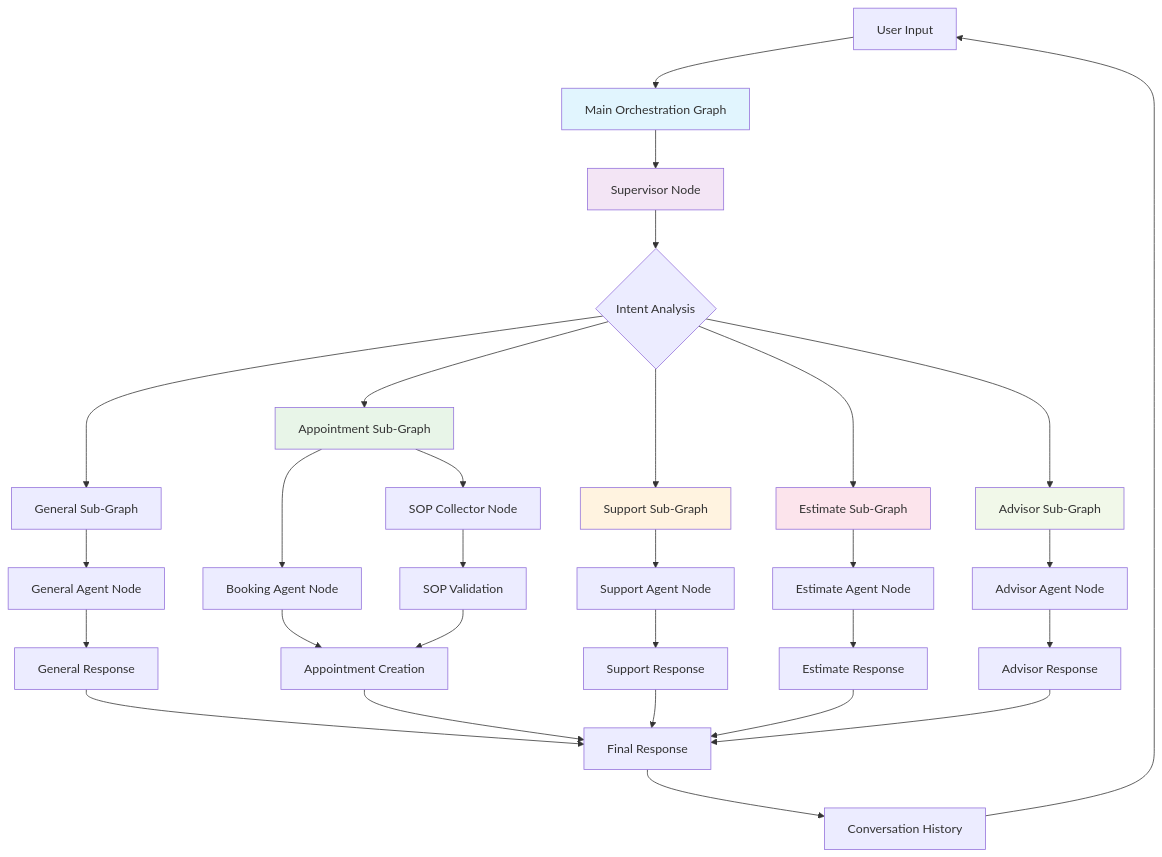
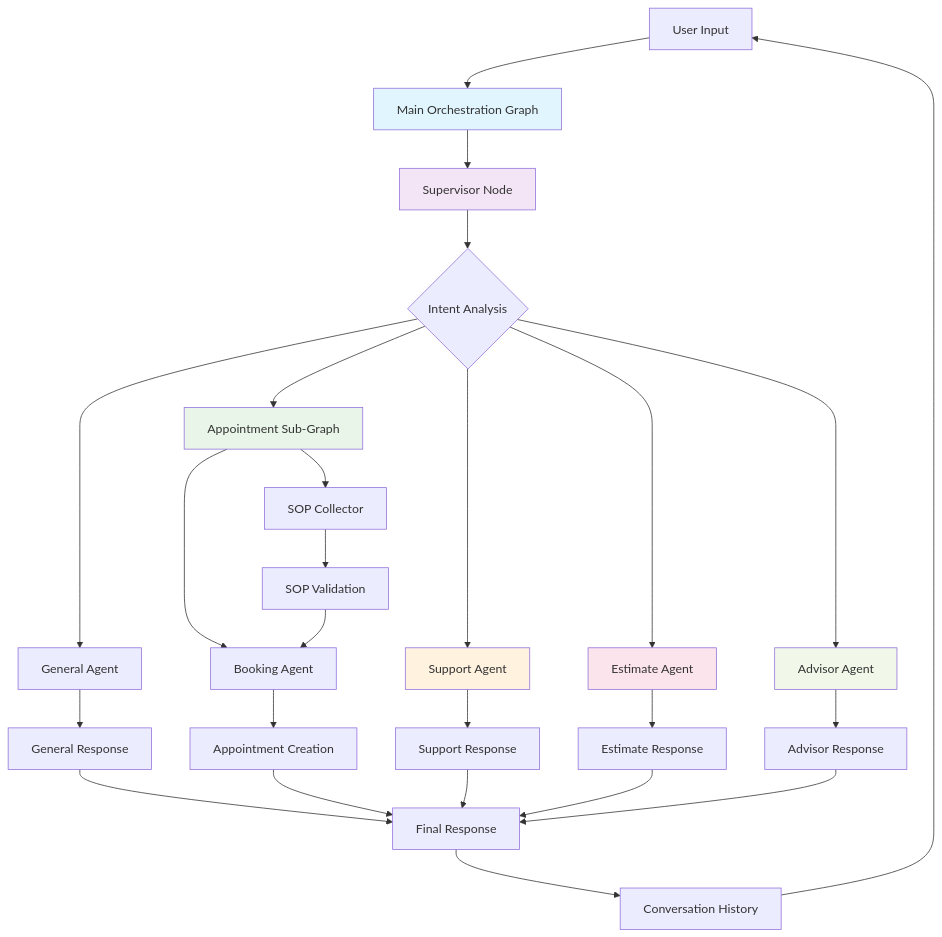
One commit to pathak-vikash/multiagent-with-command changed the first of 2 diagrams in README.md. Above: the diagram before and after it, drawn with Mermaid. The commit also changed other lines of this file and 38 other files, not shown here.

First line of the commit message:
Fix infinite loop and optimize appointment booking workflow

````diff
--- a/README.md
+++ b/README.md
@@ -34,42 +34,38 @@
 ```mermaid
 graph TD
     A[User Input] --> B[Main Orchestration Graph]
     B --> C[Supervisor Node]
     C --> D{Intent Analysis}
-    D --> E[General Sub-Graph]
+    D --> E[General Agent]
     D --> F[Appointment Sub-Graph]
-    D --> G[Support Sub-Graph]
-    D --> H[Estimate Sub-Graph]
-    D --> I[Advisor Sub-Graph]
+    D --> G[Support Agent]
+    D --> H[Estimate Agent]
+    D --> I[Advisor Agent]
     
-    E --> J[General Agent Node]
-    F --> K[SOP Collector Node]
-    F --> L[Booking Agent Node]
-    G --> M[Support Agent Node]
-    H --> N[Estimate Agent Node]
-    I --> O[Advisor Agent Node]
+    F --> J[SOP Collector]
+    F --> K[Booking Agent]
     
-    J --> P[General Response]
-    K --> Q[SOP Validation]
-    L --> R[Appointment Creation]
-    M --> S[Support Response]
-    N --> T[Estimate Response]
-    O --> U[Advisor Response]
+    E --> L[General Response]
+    J --> M[SOP Validation]
+    K --> N[Appointment Creation]
+    G --> O[Support Response]
+    H --> P[Estimate Response]
+    I --> Q[Advisor Response]
     
-    P --> V[Final Response]
+    L --> R[Final Response]
+    M --> K
+    N --> R
+    O --> R
+    P --> R
     Q --> R
-    R --> V
-    S --> V
-    T --> V
-    U --> V
     
-    V --> W[Conversation History]
-    W --> A
+    R --> S[Conversation History]
+    S --> A
     
     style B fill:#e1f5fe
     style C fill:#f3e5f5
     style F fill:#e8f5e8
     style G fill:#fff3e0
     style H fill:#fce4ec
     style I fill:#f1f8e9
 ```
````
